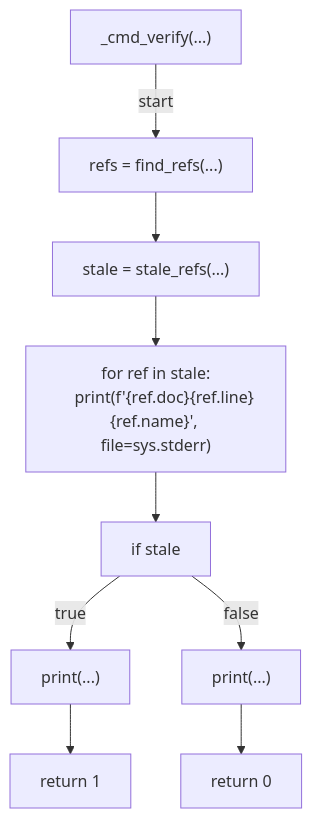
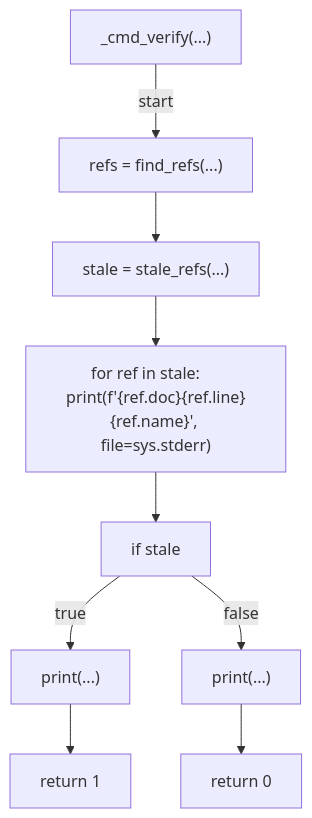
Before and after one commit to tvna/claude-md: the fifth of 7 diagrams in docs/generated/scripts/ast/scan_doc_workflow_refs.md, drawn with Mermaid. The commit also changed other lines of this file and 29 other files, not shown here.

First line of the commit message:
docs(generated): regenerate decision tree and workflow diagrams (batch 3/5)

````diff
--- a/docs/generated/scripts/ast/scan_doc_workflow_refs.md
+++ b/docs/generated/scripts/ast/scan_doc_workflow_refs.md
@@ -67,21 +51,20 @@
 ```mermaid
 flowchart TD
     N001["_cmd_verify(...)"]
     N002["refs = find_refs(...)"]
     N003["stale = stale_refs(...)"]
-    N004["for ref in stale:
-    print(f'<str>{ref.doc}<str>{ref.line}<str>{ref.name}<str>', file=sys.stderr)"]
+    N004["for ref in stale:     print(f'<str>{ref.doc}<str>{ref.line}<str>{ref.name}<str>', file=sys.stderr)"]
     N005["if stale"]
     N006["print(...)"]
     N007["return 1"]
     N008["print(...)"]
     N009["return 0"]
     N001 -->|"start"| N002
     N002 --> N003
     N003 --> N004
     N004 --> N005
     N005 -->|"true"| N006
     N006 --> N007
     N005 -->|"false"| N008
     N008 --> N009
 ```
````
